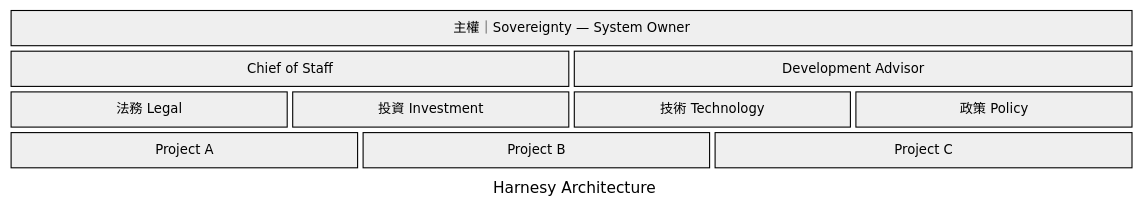
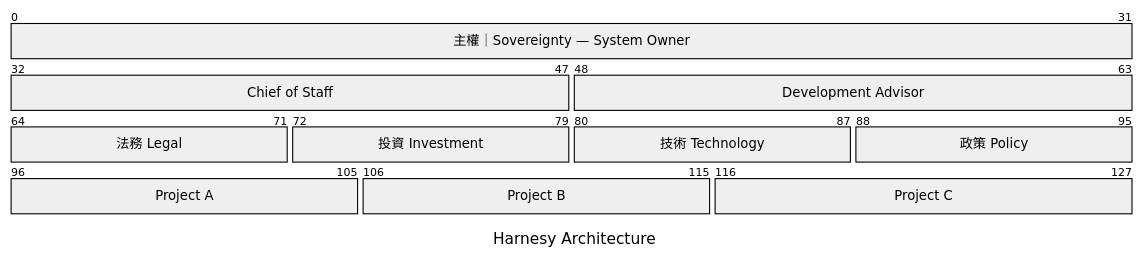
One commit to MarkovChenITRI/.github changed the third of 3 diagrams in profile/README.md. Above: the diagram before and after it, drawn with Mermaid.

Commit message:
Update README.md by removing config section
Removed configuration options from the mermaid diagram.

````diff
--- a/profile/README.md
+++ b/profile/README.md
@@ -105,19 +105,16 @@
 ```mermaid
 ---
 title: Harnesy Architecture
-config:
-  packet:
-    showBits: false
 ---
 packet
 0-31: "主權｜Sovereignty — System Owner"
 32-47: "Chief of Staff"
 48-63: "Development Advisor"
 64-71: "法務 Legal"
 72-79: "投資 Investment"
 80-87: "技術 Technology"
 88-95: "政策 Policy"
 96-105: "Project A"
 106-115: "Project B"
 116-127: "Project C"
 ```
````
